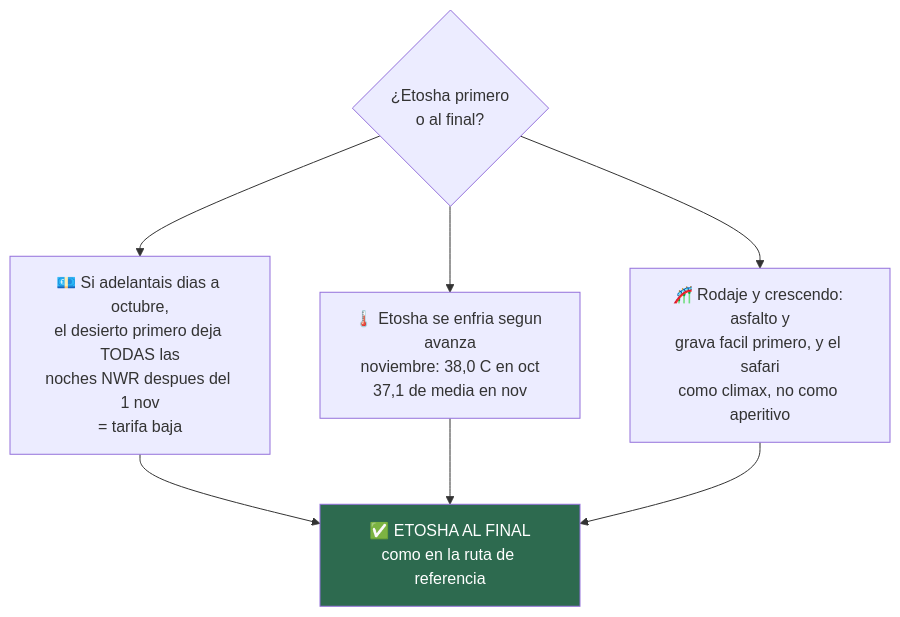
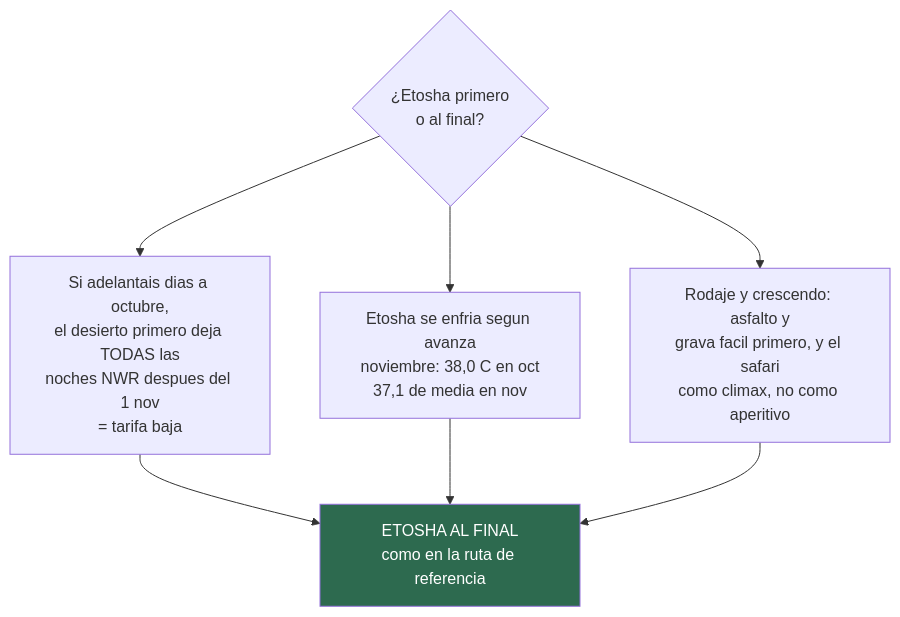
The second of 9 diagrams in README.md (morandeirachema/namibia), drawn with Mermaid before and after one commit. The commit also changed other lines of this file and 14 other files, not shown here.

Commit message:
Arreglar el renderizado de los diagramas en GitHub: fuera emojis, negritas y barras ASCII de dentro de los nodos, que descuadraban la medida y recortaban el texto

````diff
--- a/README.md
+++ b/README.md
@@ -51,11 +51,11 @@
 ```mermaid
 flowchart TD
     Q{"¿Etosha primero<br/>o al final?"}
-    Q --> R1["💶 Si adelantais dias a octubre,<br/>el desierto primero deja TODAS las<br/>noches NWR despues del 1 nov<br/>= tarifa baja"]
-    Q --> R2["🌡️ Etosha se enfria segun avanza<br/>noviembre: 38,0 C en oct<br/>37,1 de media en nov"]
-    Q --> R3["🎢 Rodaje y crescendo: asfalto y<br/>grava facil primero, y el safari<br/>como climax, no como aperitivo"]
-    R1 --> V["✅ ETOSHA AL FINAL<br/>como en la ruta de referencia"]
+    Q --> R1["Si adelantais dias a octubre,<br/>el desierto primero deja TODAS las<br/>noches NWR despues del 1 nov<br/>= tarifa baja"]
+    Q --> R2["Etosha se enfria segun avanza<br/>noviembre: 38,0 C en oct<br/>37,1 de media en nov"]
+    Q --> R3["Rodaje y crescendo: asfalto y<br/>grava facil primero, y el safari<br/>como climax, no como aperitivo"]
+    R1 --> V["ETOSHA AL FINAL<br/>como en la ruta de referencia"]
     R2 --> V
     R3 --> V
     style V fill:#2d6a4f,color:#fff
 ```
````
